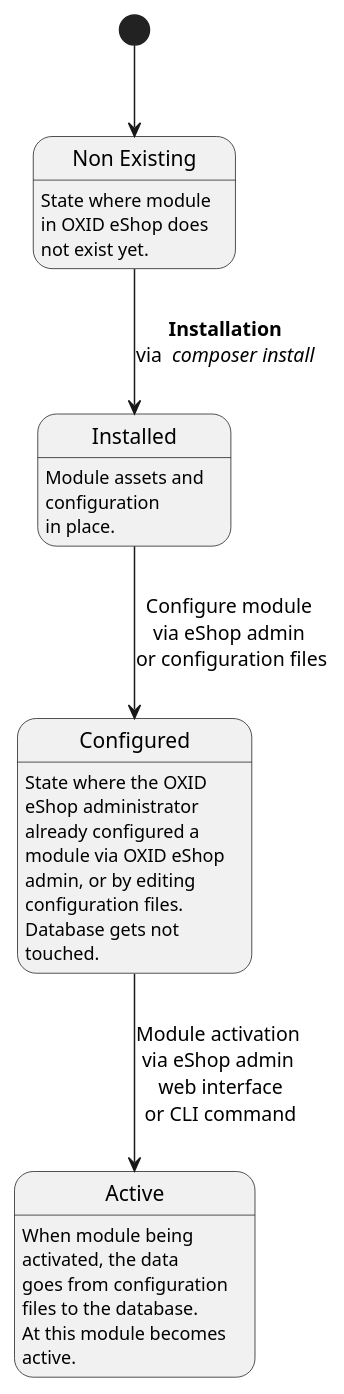
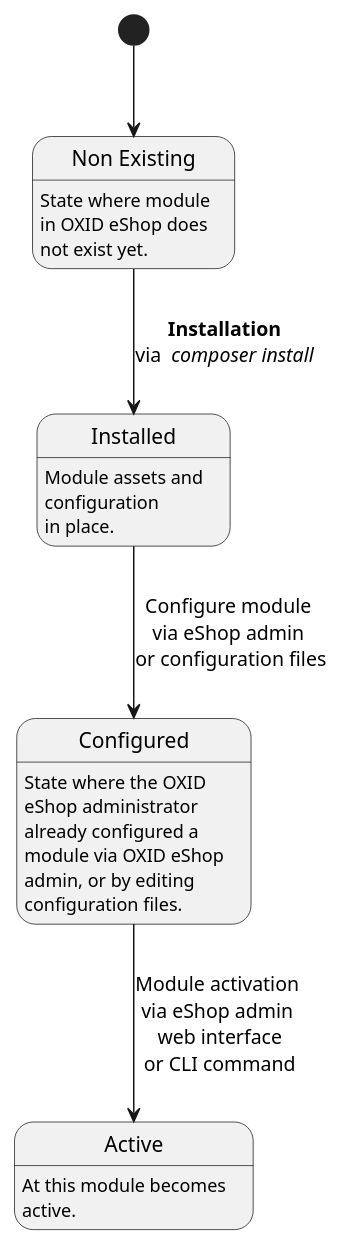
Before and after one commit to OXID-eSales/developer_documentation: the diagram in system_architecture/resources/module_states.puml, drawn with PlantUML. The commit also changed 4 other files, not shown here.

```diff
--- a/system_architecture/resources/module_states.puml
+++ b/system_architecture/resources/module_states.puml
@@ -3,17 +3,17 @@
    @startuml
     top to bottom direction
 
     state "Non Existing" as NonExisting : State where module\nin OXID eShop does \nnot exist yet.
 
     state Installed: Module assets and \nconfiguration \nin place.
 
-    state Configured: State where the OXID \neShop administrator \nalready configured a \nmodule via OXID eShop \nadmin, or by editing \nconfiguration files. \nDatabase gets not \ntouched.
+    state Configured: State where the OXID \neShop administrator \nalready configured a \nmodule via OXID eShop \nadmin, or by editing \nconfiguration files.
 
-    state Active : When module being \nactivated, the data \ngoes from configuration \nfiles to the database. \nAt this module becomes \nactive.
+    state Active : At this module becomes \nactive.
 
     
     [*] --> NonExisting
     NonExisting --> Installed: **Installation**\nvia <i> composer install</i>
     Installed --> Configured: Configure module \nvia eShop admin \nor configuration files
     Configured --> Active : Module activation \nvia eShop admin \nweb interface\nor CLI command
    @enduml
```
